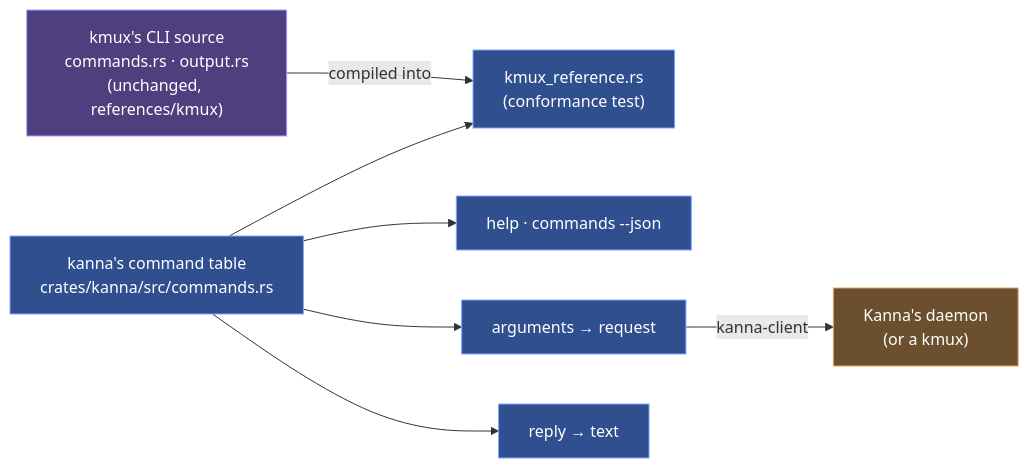
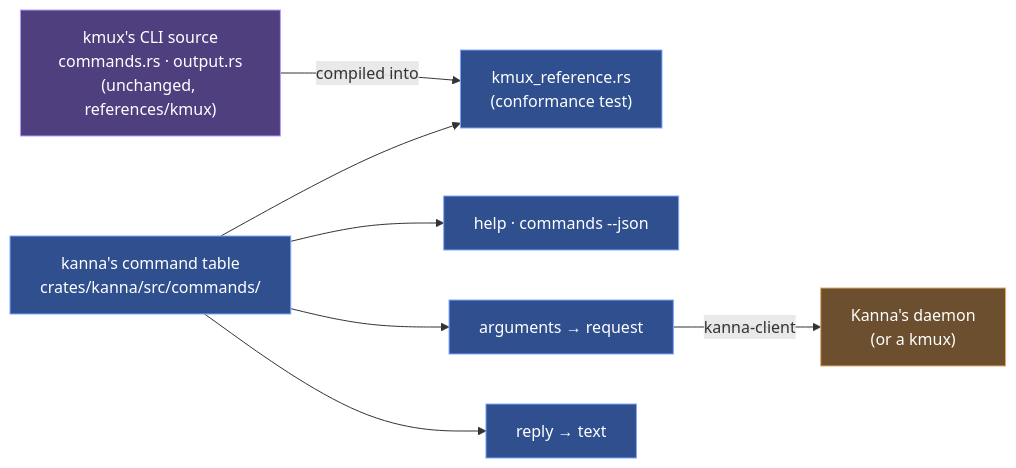
Before and after one commit to tampopogk/kanna: the first of 3 diagrams in docs/specs/cli.md, drawn with Mermaid. The commit also changed other lines of this file and 12 other files, not shown here.

Commit message:
kanna CLI: the spec says where a command lives; specs and NOTICE name the new files

````diff
--- a/docs/specs/cli.md
+++ b/docs/specs/cli.md
@@ -20,15 +21,15 @@
 ```mermaid
 flowchart LR
     KSRC["kmux's CLI source<br/>commands.rs · output.rs<br/>(unchanged, references/kmux)"] -->|"compiled into"| REF["kmux_reference.rs<br/>(conformance test)"]
-    TABLE["kanna's command table<br/>crates/kanna/src/commands.rs"] --> REF
+    TABLE["kanna's command table<br/>crates/kanna/src/commands/"] --> REF
     TABLE --> HELP["help · commands --json"]
     TABLE --> PARSE["arguments → request"]
     TABLE --> OUT["reply → text"]
     PARSE -->|"kanna-client"| D["Kanna's daemon<br/>(or a kmux)"]
     classDef kmuxapp fill:#4f3f7f,stroke:#b39cff,color:#ffffff
     classDef kmux fill:#2f4f8f,stroke:#7fa7ff,color:#ffffff
     classDef ext fill:#6b4f2f,stroke:#e0a960,color:#ffffff
     class KSRC kmuxapp
     class TABLE,HELP,PARSE,OUT,REF kmux
     class D ext
 ```
````
